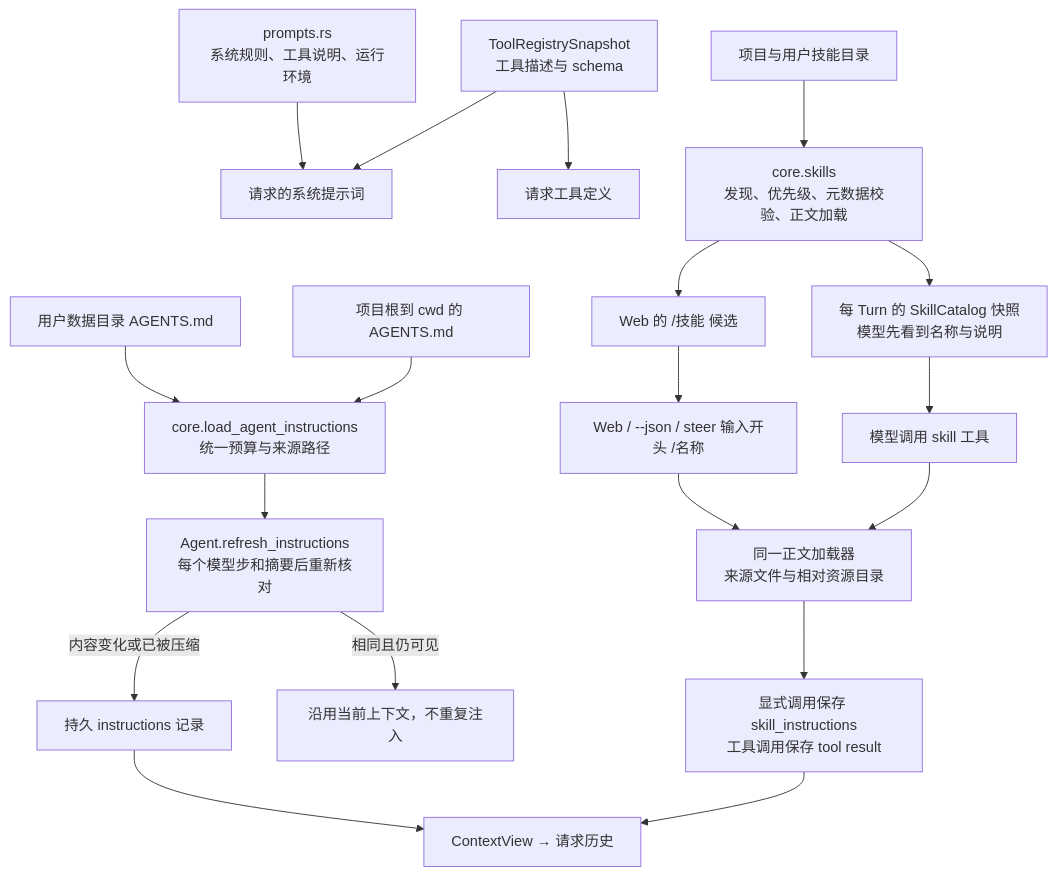
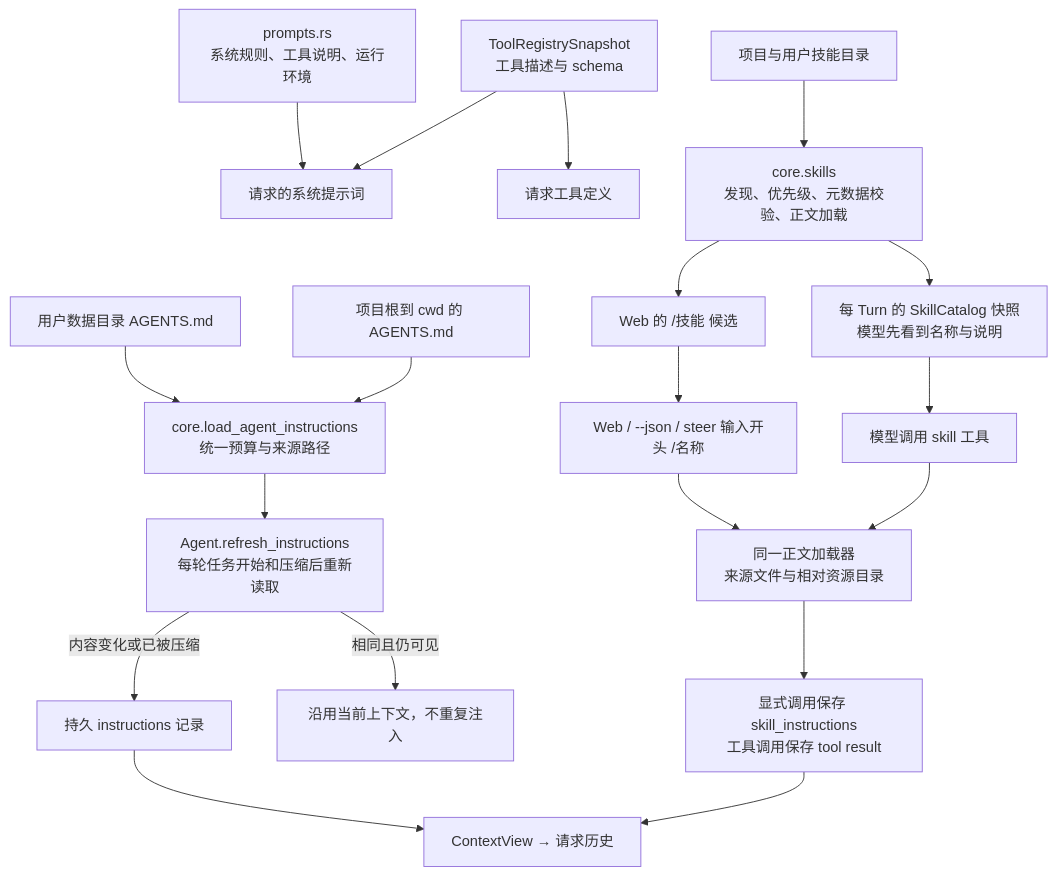
One commit to qjcnmd/singularity-agent changed diagram 21 of 29 in docs/singularity.md. Above: the diagram before and after it, drawn with Mermaid. The commit also changed other lines of this file and 99 other files, not shown here.

````diff
--- a/docs/singularity.md
+++ b/docs/singularity.md
@@ -561,21 +557,21 @@
 ```mermaid
 flowchart TB
     Prompt["prompts.rs<br/>系统规则、工具说明、运行环境"] --> System["请求的系统提示词"]
     Registry["ToolRegistrySnapshot<br/>工具描述与 schema"] --> System
     Registry --> Schemas["请求工具定义"]
     UserAgents["用户数据目录 AGENTS.md"] --> Loader["core.load_agent_instructions<br/>统一预算与来源路径"]
     ProjectAgents["项目根到 cwd 的 AGENTS.md"] --> Loader
-    Loader --> Refresh["Agent.refresh_instructions<br/>每个模型步和摘要后重新核对"]
+    Loader --> Refresh["Agent.refresh_instructions<br/>每轮任务开始和压缩后重新读取"]
     Refresh -->|"内容变化或已被压缩"| Instructions["持久 instructions 记录"]
     Refresh -->|"相同且仍可见"| Keep["沿用当前上下文，不重复注入"]
     SkillDirs["项目与用户技能目录"] --> Skills["core.skills<br/>发现、优先级、元数据校验、正文加载"]
     Skills --> Catalog["每 Turn 的 SkillCatalog 快照<br/>模型先看到名称与说明"]
     Catalog --> ModelSkill["模型调用 skill 工具"]
     Skills --> Candidates["Web 的 /技能 候选"]
     Candidates --> Manual["Web / --json / steer 输入开头 /名称"]
     Manual --> Load["同一正文加载器<br/>来源文件与相对资源目录"]
     ModelSkill --> Load
     Load --> SkillEntry["显式调用保存 skill_instructions<br/>工具调用保存 tool result"]
     Instructions --> Context["ContextView → 请求历史"]
     SkillEntry --> Context
 ```
````
